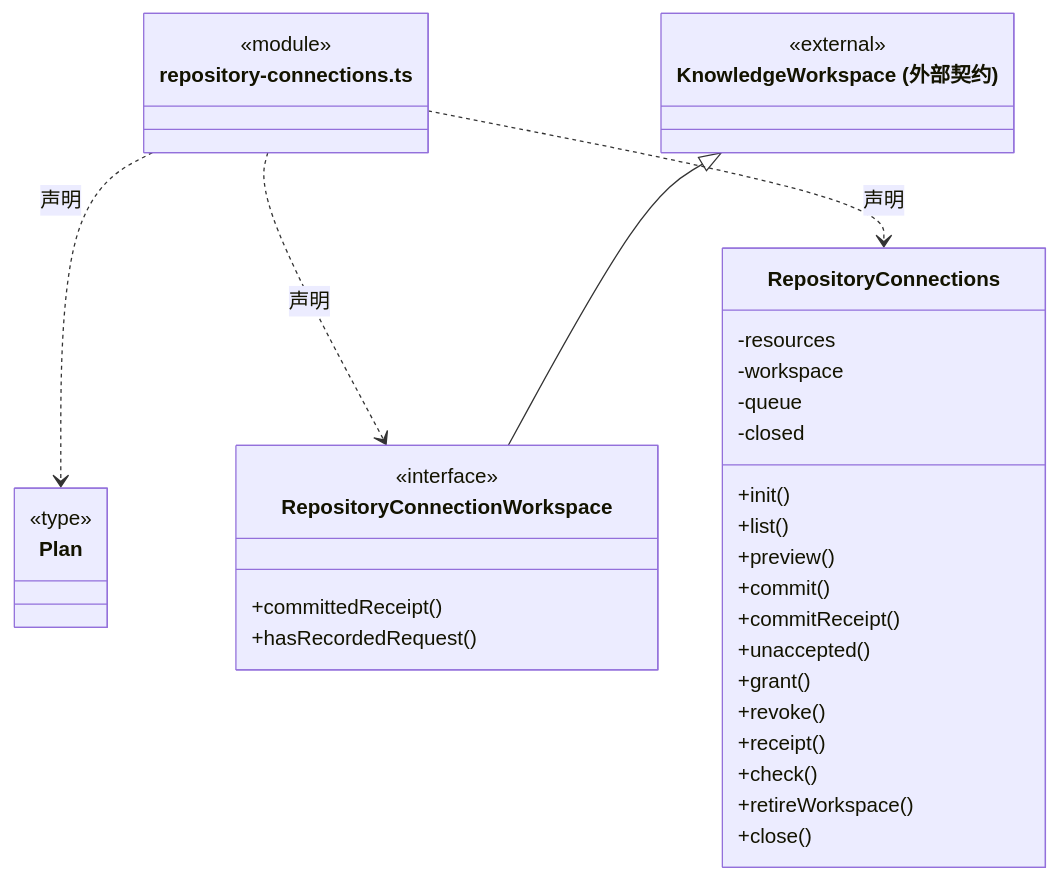
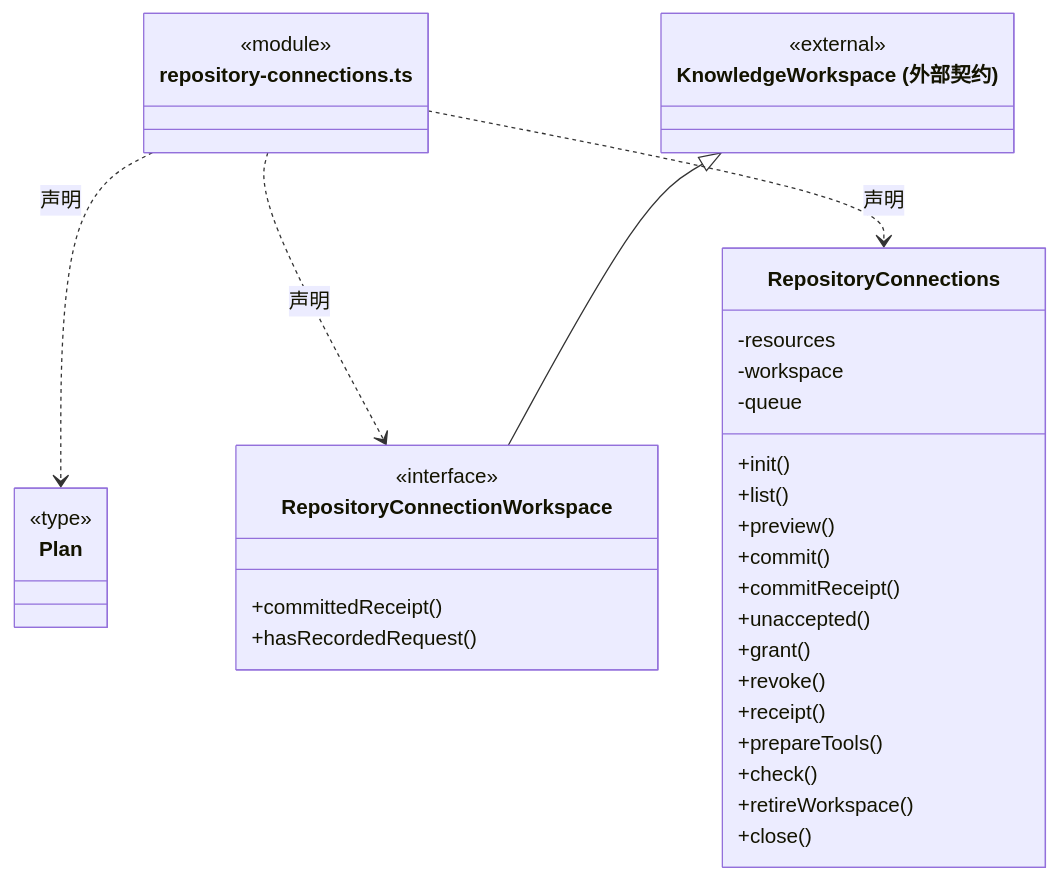
Before and after one commit to nan023062/cbim: the second of 11 diagrams in src/backend/main/resources/ARCHITECTURE.md, drawn with Mermaid. The commit also changed other lines of this file and 62 other files, not shown here.

````diff
--- a/src/backend/main/resources/ARCHITECTURE.md
+++ b/src/backend/main/resources/ARCHITECTURE.md
@@ -54,40 +54,40 @@
 ```mermaid
 classDiagram
 class N_src_backend_main_resources_repository_connections_ts["repository-connections.ts"] {
   <<module>>
 }
 class N_src_backend_main_resources_repository_connections_ts_Plan["Plan"] {
   <<type>>
 
 }
 N_src_backend_main_resources_repository_connections_ts ..> N_src_backend_main_resources_repository_connections_ts_Plan : 声明
 class N_src_backend_main_resources_repository_connections_ts_RepositoryConnectionWorkspace["RepositoryConnectionWorkspace"] {
   <<interface>>
   +committedReceipt()
   +hasRecordedRequest()
 }
 N_src_backend_main_resources_repository_connections_ts ..> N_src_backend_main_resources_repository_connections_ts_RepositoryConnectionWorkspace : 声明
 class N_src_backend_main_resources_repository_connections_ts_external_KnowledgeWorkspace["KnowledgeWorkspace (外部契约)"] {
   <<external>>
 }
 N_src_backend_main_resources_repository_connections_ts_external_KnowledgeWorkspace <|-- N_src_backend_main_resources_repository_connections_ts_RepositoryConnectionWorkspace
 class N_src_backend_main_resources_repository_connections_ts_RepositoryConnections["RepositoryConnections"] {
   +init()
   +list()
   +preview()
   +commit()
   +commitReceipt()
   +unaccepted()
   +grant()
   +revoke()
   +receipt()
+  +prepareTools()
   +check()
   +retireWorkspace()
   +close()
   -resources
   -workspace
   -queue
-  -closed
 }
 N_src_backend_main_resources_repository_connections_ts ..> N_src_backend_main_resources_repository_connections_ts_RepositoryConnections : 声明
 ```
````
